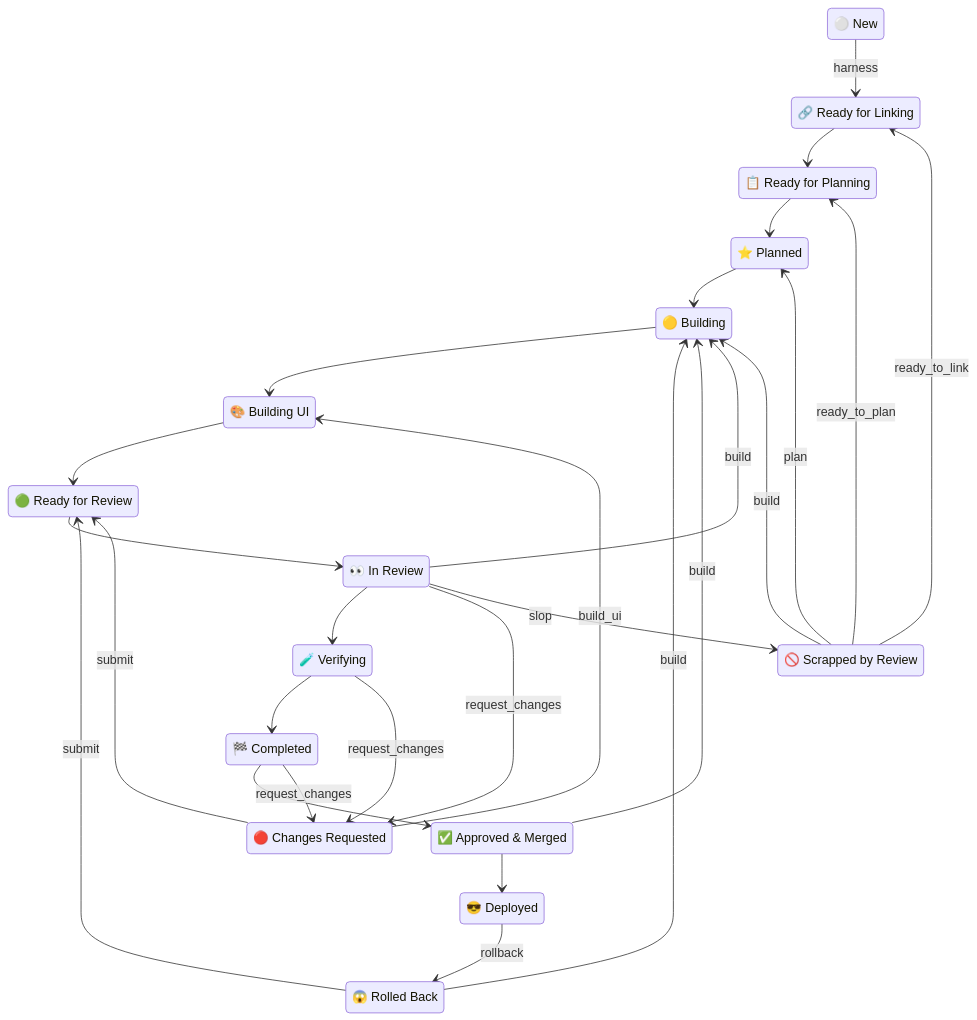
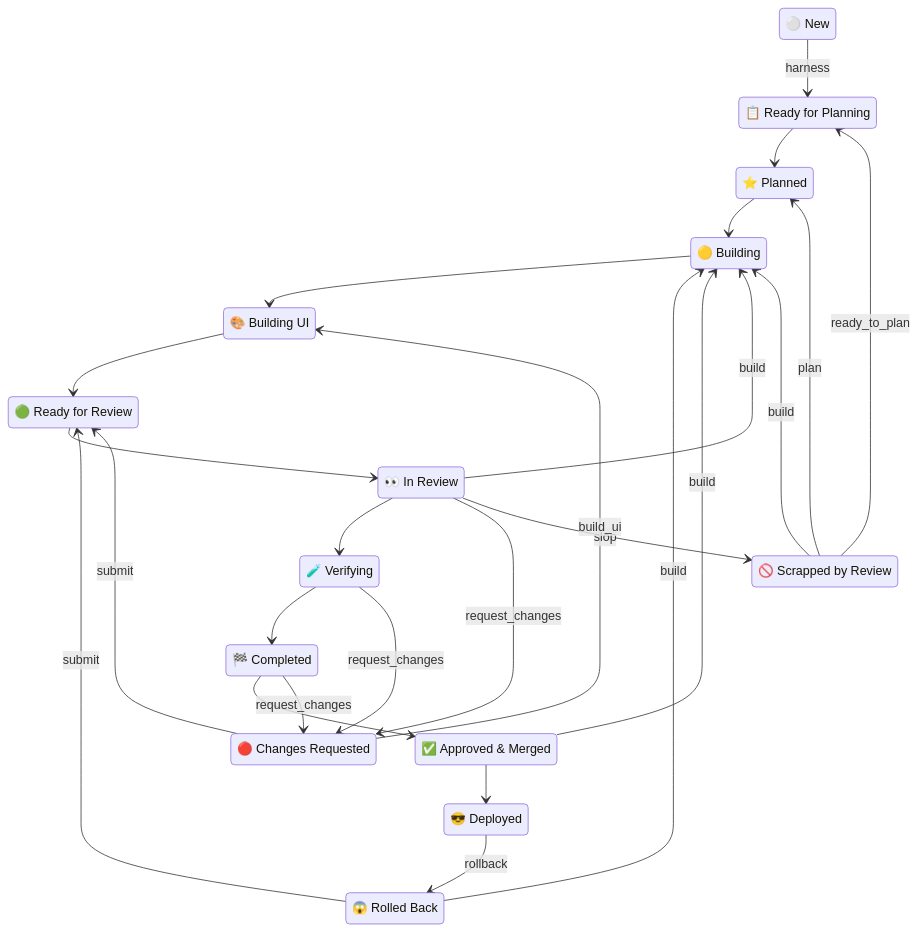
Before and after one commit to kigster/openlanes: the fourth of 7 diagrams in docs/WORKFLOW.md, drawn with Mermaid. The commit also changed other lines of this file and 1 other file, not shown here.

Commit message:
Regenerate WORKFLOW.md without the linking step

````diff
--- a/docs/WORKFLOW.md
+++ b/docs/WORKFLOW.md
@@ -175,51 +168,48 @@
 ```mermaid
 ---
 config:
 layout: dagre
 theme: redux-color
 ---
 stateDiagram-v2
   direction TB
   new : ⚪ New
-  ready_for_linking : 🔗 Ready for Linking
   ready_for_planning : 📋 Ready for Planning
   planned : ⭐ Planned
   building : 🟡 Building
   building_ui : 🎨 Building UI
   ready_for_review : 🟢 Ready for Review
   in_review : 👀 In Review
   verifying : 🧪 Verifying
   completed : 🏁 Completed
   approved : ✅ Approved & Merged
   deployed : 😎 Deployed
   rejected : 🔴 Changes Requested
   rolled_back : 😱 Rolled Back
   rewrite : 🚫 Scrapped by Review
 
-  new --> ready_for_linking : harness
-  ready_for_linking --> ready_for_planning
+  new --> ready_for_planning : harness
   ready_for_planning --> planned
   planned --> building
   building --> building_ui
   building_ui --> ready_for_review
   ready_for_review --> in_review
   in_review --> verifying
   verifying --> completed
   completed --> approved
   approved --> deployed
   in_review --> building : build
   in_review --> rejected : request_changes
   in_review --> rewrite : slop
   verifying --> rejected : request_changes
   completed --> rejected : request_changes
   approved --> building : build
   deployed --> rolled_back : rollback
   rejected --> building_ui : build_ui
   rejected --> ready_for_review : submit
   rolled_back --> building : build
   rolled_back --> ready_for_review : submit
-  rewrite --> ready_for_linking : ready_to_link
   rewrite --> ready_for_planning : ready_to_plan
   rewrite --> planned : plan
   rewrite --> building : build
 ```
````
